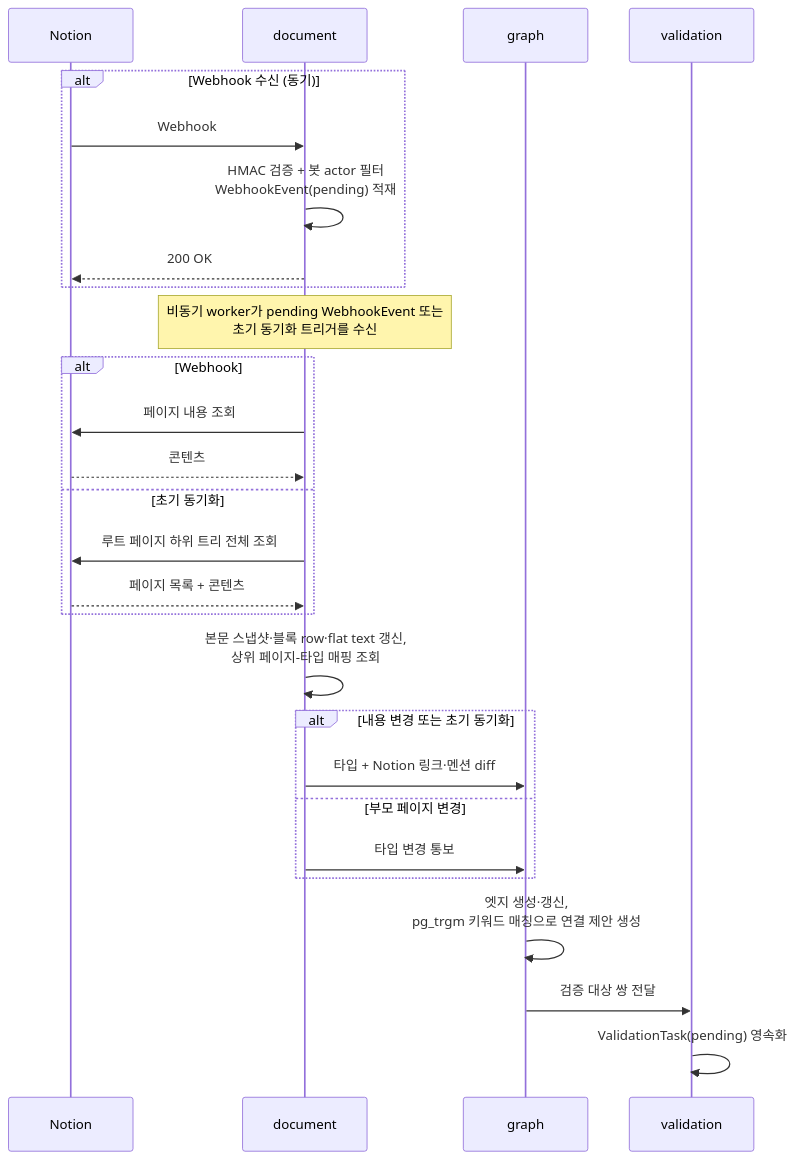
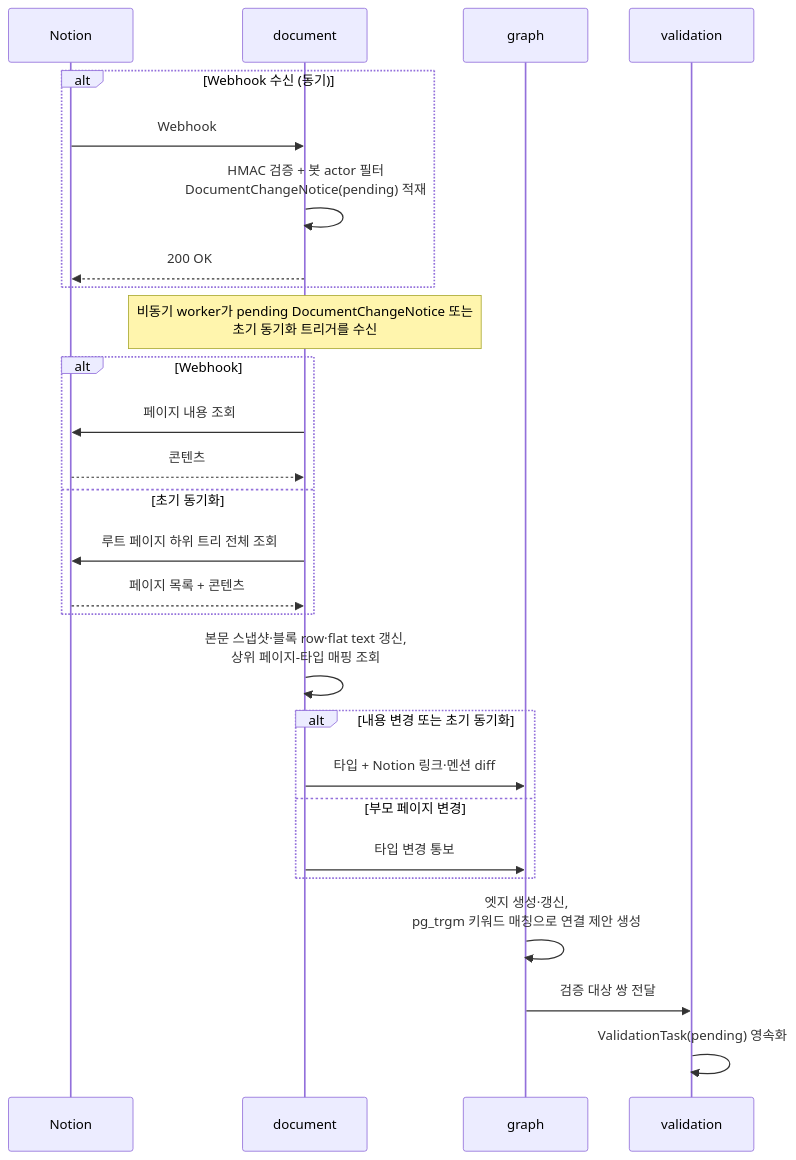
One commit to ladinzgit/doc-graph changed the second of 3 diagrams in docs/domains.md. Above: the diagram before and after it, drawn with Mermaid. The commit also changed other lines of this file, not shown here.

First line of the commit message:
refactor: WebhookEvent를 DocumentChangeNotice로 rename

````diff
--- a/docs/domains.md
+++ b/docs/domains.md
@@ -46,31 +46,31 @@
 ```mermaid
 sequenceDiagram
     participant Notion
     participant document
     participant graph
     participant validation
 
     alt Webhook 수신 (동기)
         Notion->>document: Webhook
-        document->>document: HMAC 검증 + 봇 actor 필터<br/>WebhookEvent(pending) 적재
+        document->>document: HMAC 검증 + 봇 actor 필터<br/>DocumentChangeNotice(pending) 적재
         document-->>Notion: 200 OK
     end
 
-    Note over document: 비동기 worker가 pending WebhookEvent 또는<br/>초기 동기화 트리거를 수신
+    Note over document: 비동기 worker가 pending DocumentChangeNotice 또는<br/>초기 동기화 트리거를 수신
     alt Webhook
         document->>Notion: 페이지 내용 조회
         Notion-->>document: 콘텐츠
     else 초기 동기화
         document->>Notion: 루트 페이지 하위 트리 전체 조회
         Notion-->>document: 페이지 목록 + 콘텐츠
     end
     document->>document: 본문 스냅샷·블록 row·flat text 갱신,<br/>상위 페이지-타입 매핑 조회
     alt 내용 변경 또는 초기 동기화
         document->>graph: 타입 + Notion 링크·멘션 diff
     else 부모 페이지 변경
         document->>graph: 타입 변경 통보
     end
     graph->>graph: 엣지 생성·갱신,<br/>pg_trgm 키워드 매칭으로 연결 제안 생성
     graph->>validation: 검증 대상 쌍 전달
     validation->>validation: ValidationTask(pending) 영속화
 ```
````
